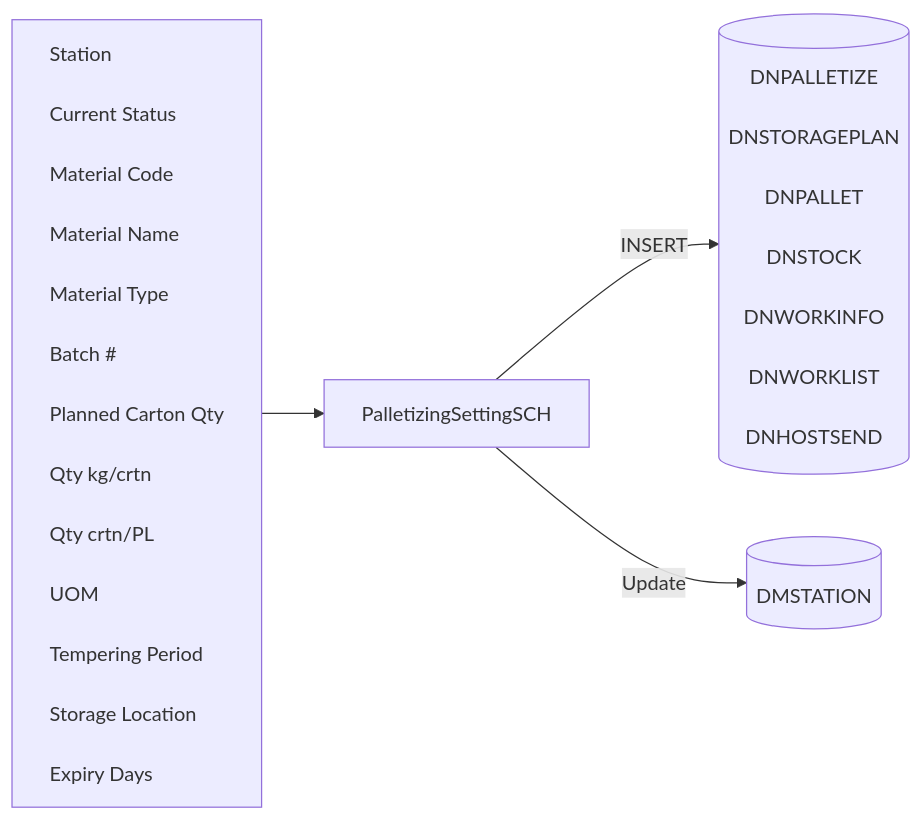
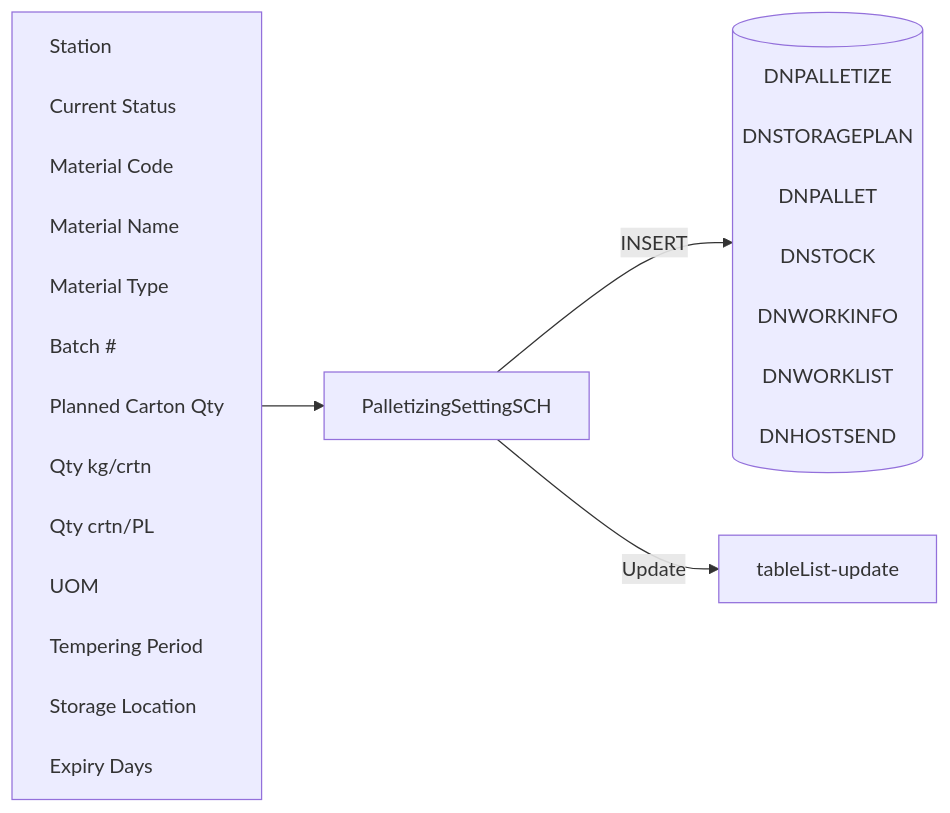
The diagram in Basic-Design/DFD-WMS/Storage/Palletizing-Settting/Palletize-Start.md (luthfiadityaa/SimeDarby-Wiki), drawn with Mermaid before and after one commit. The commit also changed other lines of this file, not shown here.

```diff
--- a/Basic-Design/DFD-WMS/Storage/Palletizing-Settting/Palletize-Start.md
+++ b/Basic-Design/DFD-WMS/Storage/Palletizing-Settting/Palletize-Start.md
@@ -18,41 +18,37 @@
 ::: mermaid
 flowchart LR
     input[
         Station<br>
         Current Status<br>
         Material Code<br>
         Material Name<br>
         Material Type<br>
         Batch #<br>
         Planned Carton Qty<br>
         Qty kg/crtn<br>
         Qty crtn/PL<br>
         UOM<br>
         Tempering Period<br>
         Storage Location<br>
         Expiry Days<br>
     ]
 
     tableList-insert[("
         DNPALLETIZE<br>
         DNSTORAGEPLAN<br>
         DNPALLET<br>
         DNSTOCK<br>
         DNWORKINFO<br>
         DNWORKLIST<br>
         DNHOSTSEND<br>
     ")]
 
-    tableList-update[("
-        DMSTATION
-    ")]
-
     className[PalletizingSettingSCH]
 
     input --> className --> |INSERT| tableList-insert
     className --> |Update| tableList-update
 
     classDef leftAlign text-align:left;
     class input leftAlign;
 
 :::
```
